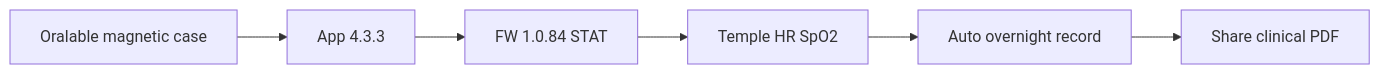
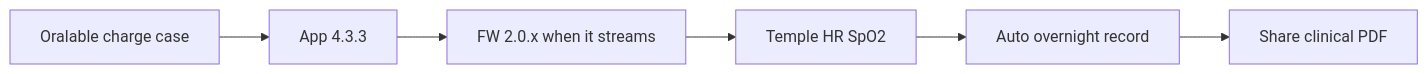
One commit to johnacogan67/cursor_oralable changed the diagram in docs/VITALS_PHASE_GEN1_GEN2.md. Above: the diagram before and after it, drawn with Mermaid. The commit also changed other lines of this file and 259 other files, not shown here.

````diff
--- a/docs/VITALS_PHASE_GEN1_GEN2.md
+++ b/docs/VITALS_PHASE_GEN1_GEN2.md
@@ -19,8 +19,8 @@
 ```mermaid
 flowchart LR
-  Case[Oralable magnetic case] --> App[App 4.3.3]
-  App --> FW[FW 1.0.84 STAT]
+  Case[Oralable charge case] --> App[App 4.3.3]
+  App --> FW[FW 2.0.x when it streams]
   FW --> Temple[Temple HR SpO2]
   Temple --> Night[Auto overnight record]
   Night --> Morning[Share clinical PDF]
 ```
````
